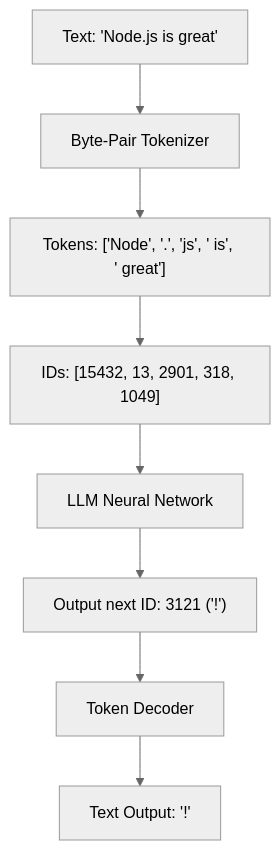
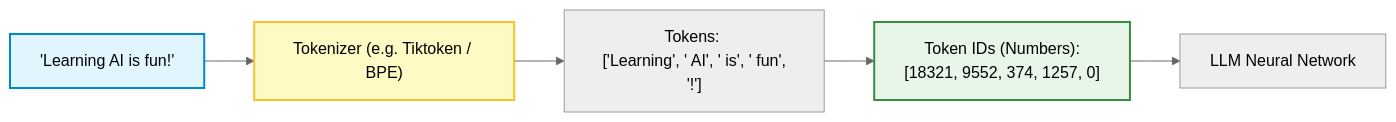
The first of 4 diagrams in AI-tut/04_Tokens_and_Tokenization.md (Nishant8826/theory-leaning), drawn with Mermaid (neutral theme) before and after one commit. The commit also changed other lines of this file and 34 other files, not shown here.

````diff
--- a/AI-tut/04_Tokens_and_Tokenization.md
+++ b/AI-tut/04_Tokens_and_Tokenization.md
@@ -65,10 +11,11 @@
 ```mermaid
-graph TD
-    Text["Text: 'Node.js is great'"] --> Tokenizer[Byte-Pair Tokenizer]
-    Tokenizer --> Tokens["Tokens: ['Node', '.', 'js', ' is', ' great']"]
-    Tokens --> IDs["IDs: [15432, 13, 2901, 318, 1049]"]
-    IDs --> Model[LLM Neural Network]
-    Model --> NextID["Output next ID: 3121 ('!')"]
-    NextID --> Decoder[Token Decoder]
-    Decoder --> Final["Text Output: '!'"]
+flowchart LR
+    InputText["'Learning AI is fun!'"] --> Tokenizer["Tokenizer (e.g. Tiktoken / BPE)"]
+    Tokenizer --> Tokens["Tokens: <br> ['Learning', ' AI', ' is', ' fun', '!']"]
+    Tokens --> TokenIDs["Token IDs (Numbers): <br> [18321, 9552, 374, 1257, 0]"]
+    TokenIDs --> LLM["LLM Neural Network"]
+
+    style InputText fill:#e1f5fe,stroke:#0288d1,stroke-width:2px
+    style Tokenizer fill:#fff9c4,stroke:#fbc02d,stroke-width:2px
+    style TokenIDs fill:#e8f5e9,stroke:#388e3c,stroke-width:2px
 ```
````
